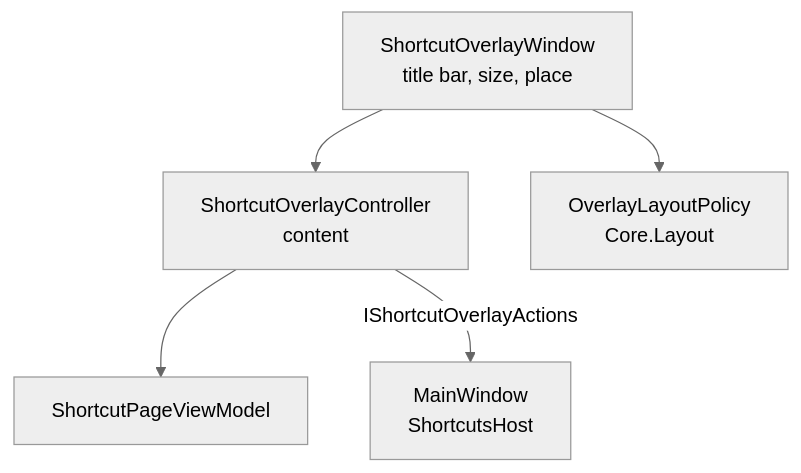
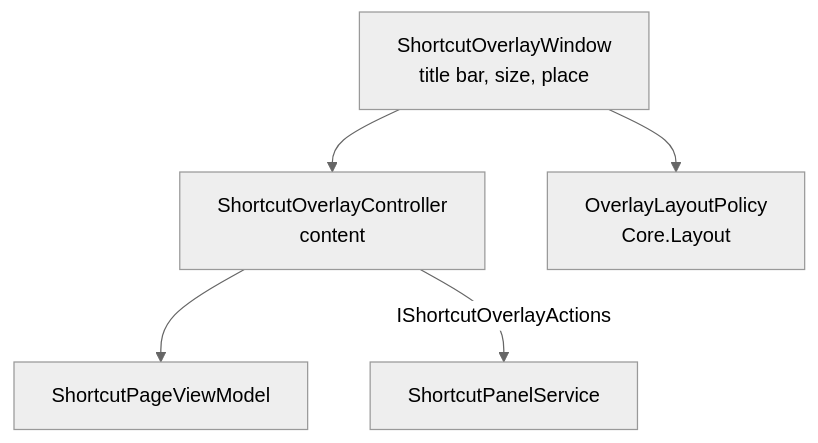
One commit to uyujkk/Integrated_Mod_Manager changed the seventh of 15 diagrams in docs/development/Software-Structure.md. Above: the diagram before and after it, drawn with Mermaid (neutral theme). The commit also changed other lines of this file and 32 other files, not shown here.

Commit message:
Stage J finish, step 8b: the Shortcuts page, overlay and key bindings as services (#148)

````diff
--- a/docs/development/Software-Structure.md
+++ b/docs/development/Software-Structure.md
@@ -305,12 +307,12 @@
 ```mermaid
 flowchart TB
   OW["ShortcutOverlayWindow<br/>title bar, size, place"]
   OC["ShortcutOverlayController<br/>content"]
   OLP["OverlayLayoutPolicy<br/>Core.Layout"]
   VM["ShortcutPageViewModel"]
-  MW["MainWindow<br/>ShortcutsHost"]
+  SP["ShortcutPanelService"]
   OW --> OC
   OW --> OLP
   OC --> VM
-  OC -->|"IShortcutOverlayActions"| MW
+  OC -->|"IShortcutOverlayActions"| SP
 ```
````
